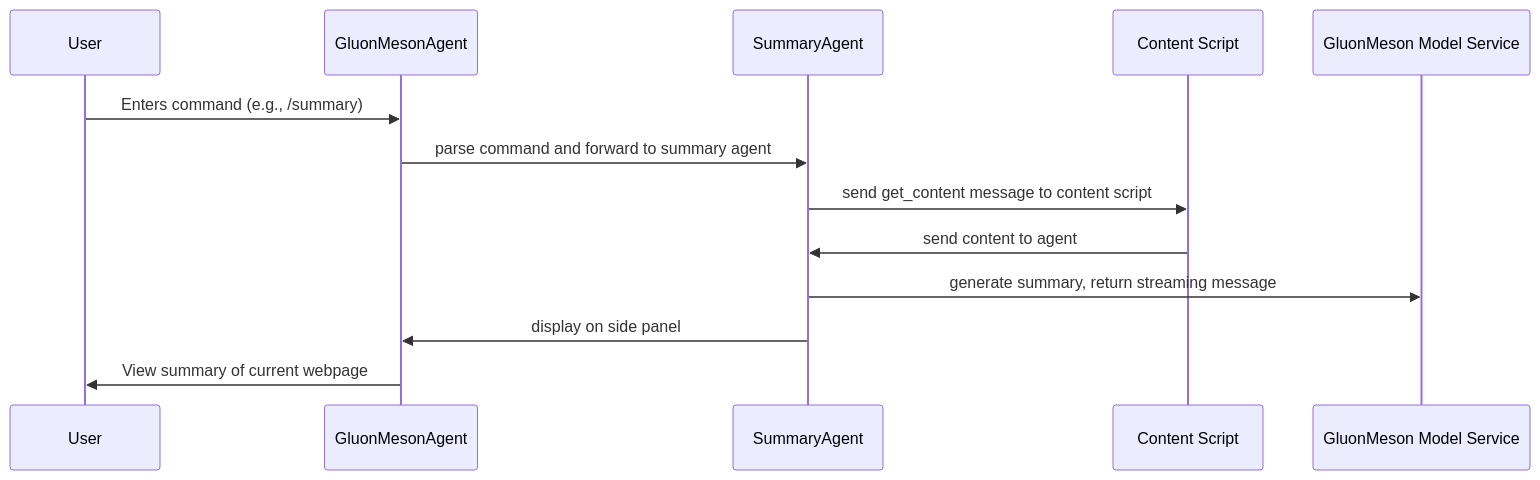
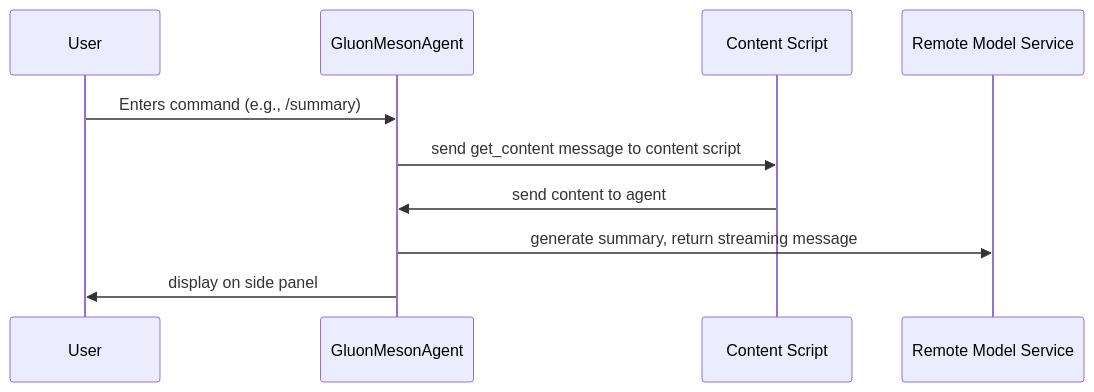
The second of 3 diagrams in docs/tutorial/an_introduction_to_gluonmeson_chrome_extension.md (yingrui/gluonmeson-chrome-extension), drawn with Mermaid before and after one commit. The commit also changed other lines of this file and 1 other file, not shown here.

````diff
--- a/docs/tutorial/an_introduction_to_gluonmeson_chrome_extension.md
+++ b/docs/tutorial/an_introduction_to_gluonmeson_chrome_extension.md
@@ -65,16 +59,14 @@
 ```mermaid
 sequenceDiagram
     participant User
     participant GluonMesonAgent
-    participant SummaryAgent
+        
     participant Content Script
-    participant GluonMeson Model Service
+    participant Remote Model Service
 
     User->>GluonMesonAgent: Enters command (e.g., /summary)
-    GluonMesonAgent->>SummaryAgent: parse command and forward to summary agent
-    SummaryAgent->>Content Script: send get_content message to content script
-    Content Script->>SummaryAgent: send content to agent
-    SummaryAgent->>GluonMeson Model Service: generate summary, return streaming message
-    SummaryAgent->>GluonMesonAgent: display on side panel
-    GluonMesonAgent->>User: View summary of current webpage
+    GluonMesonAgent->>Content Script: send get_content message to content script
+    Content Script->>GluonMesonAgent: send content to agent
+    GluonMesonAgent->>Remote Model Service: generate summary, return streaming message
+    GluonMesonAgent->>User: display on side panel
 ```
````
